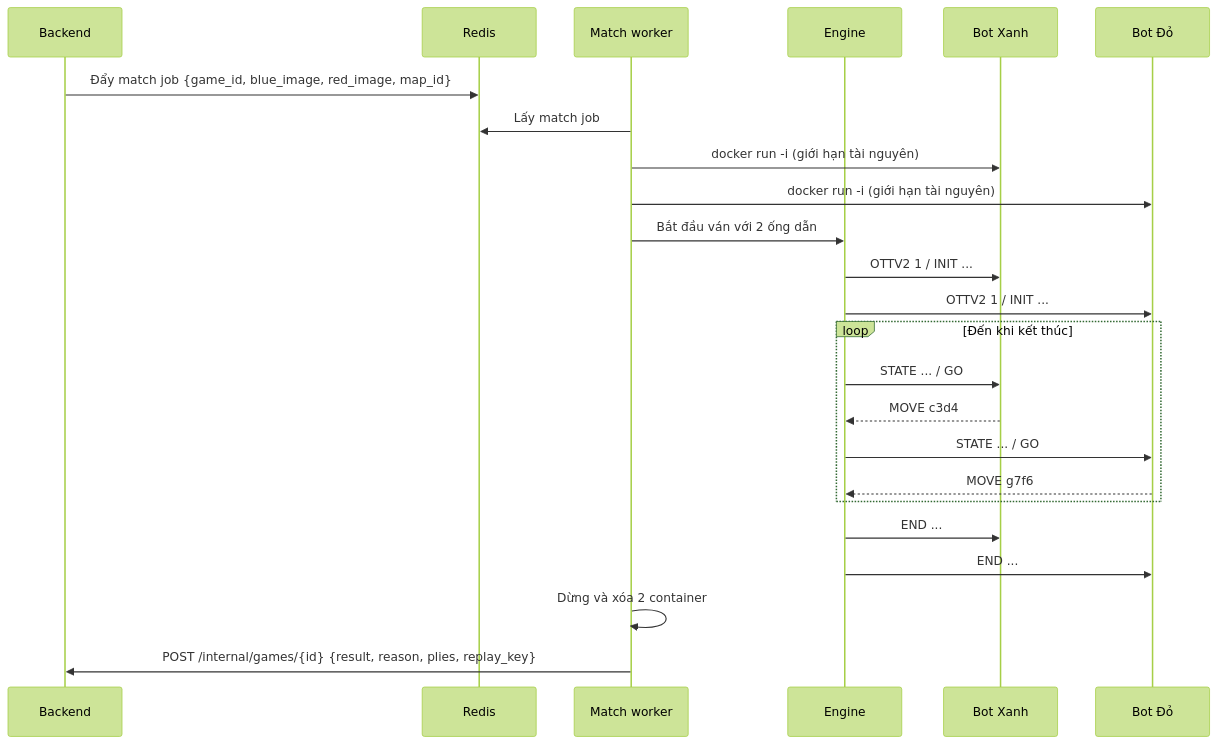
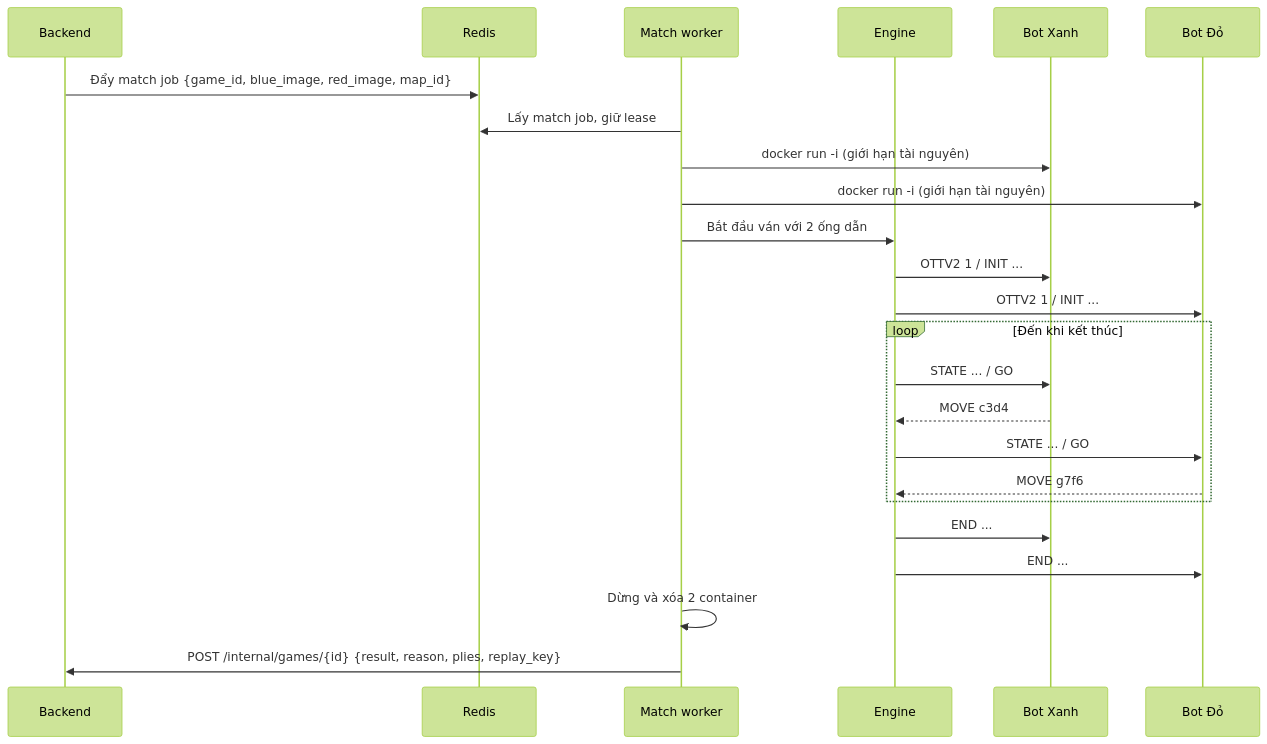
The third of 3 diagrams in architecture.md (PhamHaiDang2006/OTTv2_Arena), drawn with Mermaid (forest theme) before and after one commit. The commit also changed other lines of this file and 13 other files, not shown here.

````diff
--- a/architecture.md
+++ b/architecture.md
@@ -90,26 +90,26 @@
 ```mermaid
 sequenceDiagram
     participant A as Backend
     participant Q as Redis
     participant M as Match worker
     participant E as Engine
     participant X as Bot Xanh
     participant D as Bot Đỏ
     A->>Q: Đẩy match job {game_id, blue_image, red_image, map_id}
-    M->>Q: Lấy match job
+    M->>Q: Lấy match job, giữ lease
     M->>X: docker run -i (giới hạn tài nguyên)
     M->>D: docker run -i (giới hạn tài nguyên)
     M->>E: Bắt đầu ván với 2 ống dẫn
     E->>X: OTTV2 1 / INIT ...
     E->>D: OTTV2 1 / INIT ...
     loop Đến khi kết thúc
         E->>X: STATE ... / GO
         X-->>E: MOVE c3d4
         E->>D: STATE ... / GO
         D-->>E: MOVE g7f6
     end
     E->>X: END ...
     E->>D: END ...
     M->>M: Dừng và xóa 2 container
     M->>A: POST /internal/games/{id} {result, reason, plies, replay_key}
 ```
````
